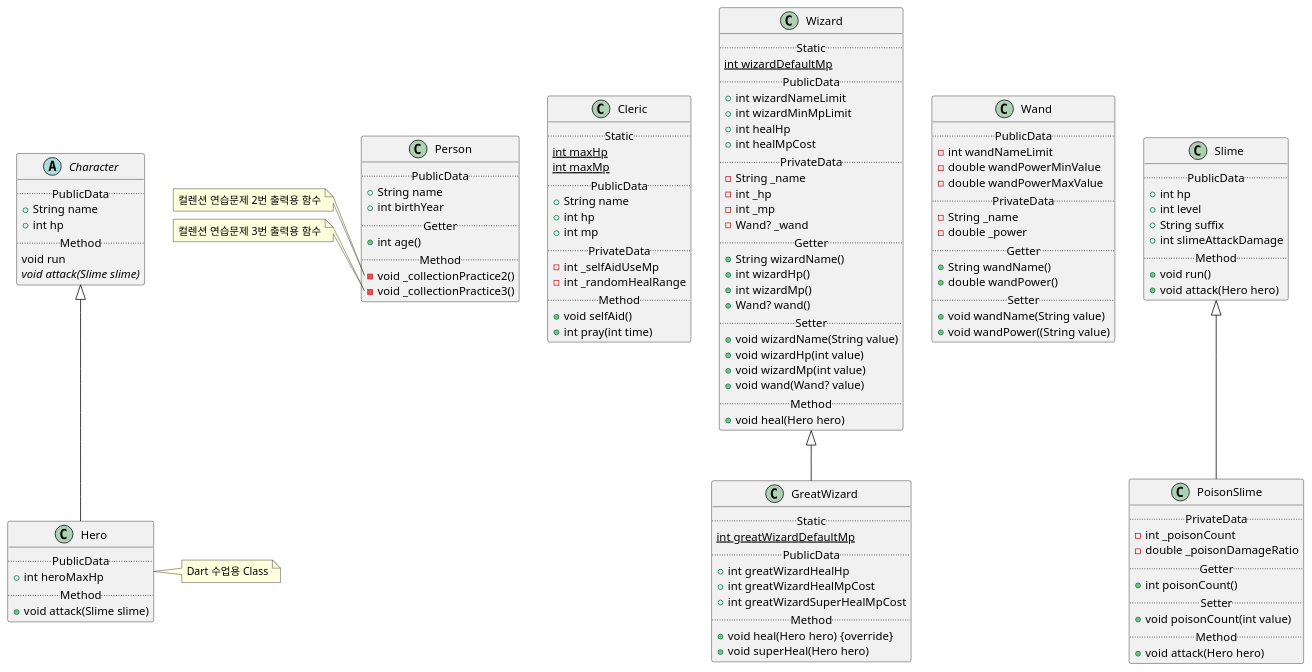
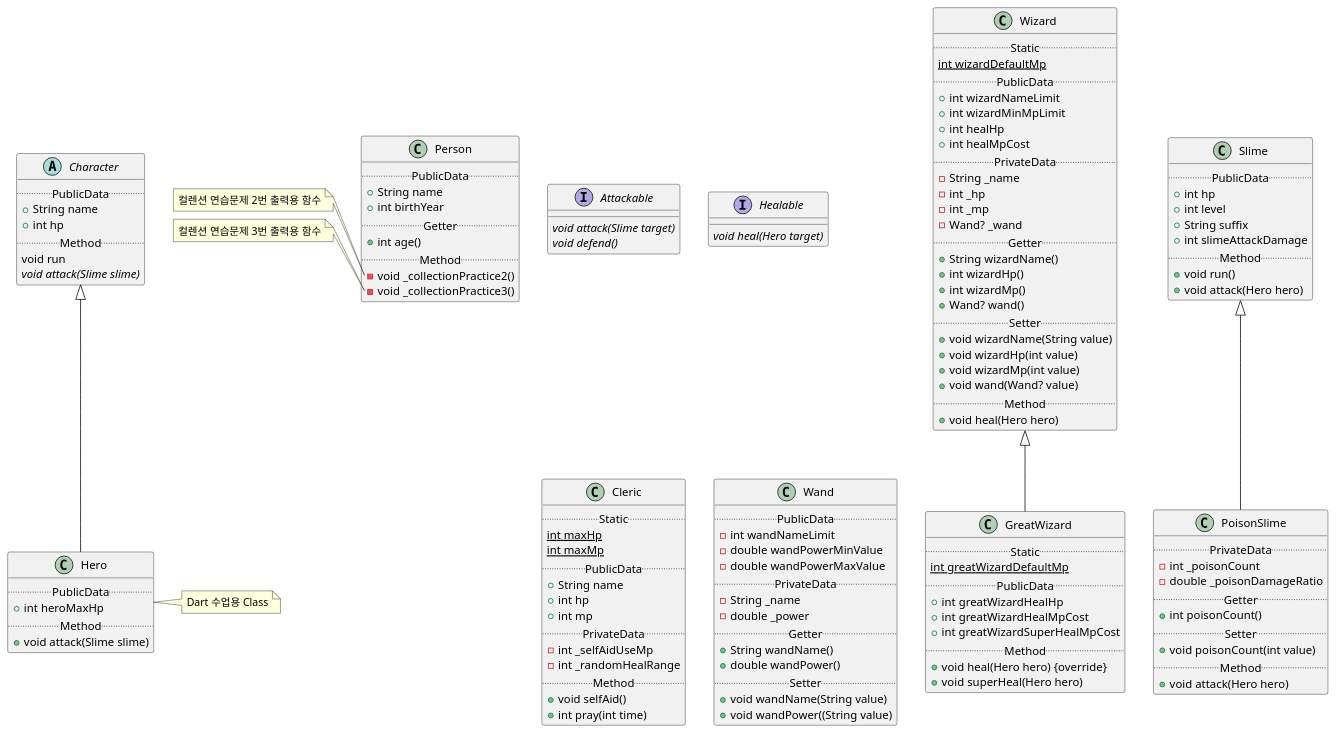
One commit to SurvivalCodingCampus/sesac7_dart_study changed the diagram in lib/game.puml. Above: the diagram before and after it, drawn with PlantUML.

Commit message:
docs: game uml Interface Attackable, Healable 작성

```diff
--- a/lib/game.puml
+++ b/lib/game.puml
@@ -1,133 +1,143 @@
 @startuml
 scale 1
+
+abstract class Character {
+    ..PublicData..
+    +String name
+    +int hp
+    ..Method..
+    void run
+    {abstract} void attack(Slime slime)
+}
+
+interface Attackable {
+    {abstract} void attack(Slime target)
+    {abstract} void defend()
+}
+
+interface Healable {
+    {abstract} void heal(Hero target)
+}
+
 class Cleric {
     ..Static..
     {static}int maxHp
     {static}int maxMp
     ..PublicData..
     +String name
     +int hp
     +int mp
     ..PrivateData..
     -int _selfAidUseMp
     -int _randomHealRange
     ..Method..
     +void selfAid()
     +int pray(int time)
-}
-
-abstract class Character {
-    ..PublicData..
-    +String name
-    +int hp
-    ..Method..
-    void run
-    {abstract} void attack(Slime slime)
 }
 
 class Hero extends Character {
     ..PublicData..
     +int heroMaxHp
     ..Method..
     +void attack(Slime slime)
 }
 
 class Wizard {
     ..Static..
     {static}int wizardDefaultMp
     ..PublicData..
     +int wizardNameLimit
     +int wizardMinMpLimit
     +int healHp
     +int healMpCost
     ..PrivateData..
     -String _name
     -int _hp
     -int _mp
     -Wand? _wand
     ..Getter..
     +String wizardName()
     +int wizardHp()
     +int wizardMp()
     +Wand? wand()
     ..Setter..
     +void wizardName(String value)
     +void wizardHp(int value)
     +void wizardMp(int value)
     +void wand(Wand? value)
     ..Method..
     +void heal(Hero hero)
 }
 
 class GreatWizard extends Wizard {
     ..Static..
     {static}int greatWizardDefaultMp
     ..PublicData..
     +int greatWizardHealHp
     +int greatWizardHealMpCost
     +int greatWizardSuperHealMpCost
     ..Method..
     +void heal(Hero hero) {override}
     +void superHeal(Hero hero)
 }
 
 class Wand {
     ..PublicData..
     -int wandNameLimit
     -double wandPowerMinValue
     -double wandPowerMaxValue
     ..PrivateData..
     -String _name
     -double _power
     ..Getter..
     +String wandName()
     +double wandPower()
     ..Setter..
     +void wandName(String value)
     +void wandPower((String value)
 }
 
 class Person {
     ..PublicData..
     +String name
     +int birthYear
     ..Getter..
     +int age()
     ..Method..
     -void _collectionPractice2()
     -void _collectionPractice3()
 }
 
 class Slime {
     ..PublicData..
     +int hp
     +int level
     +String suffix
     +int slimeAttackDamage
     ..Method..
     +void run()
     +void attack(Hero hero)
 }
 
 class PoisonSlime extends Slime {
     ..PrivateData..
     -int _poisonCount
     -double _poisonDamageRatio
     ..Getter..
     +int poisonCount()
     ..Setter..
     +void poisonCount(int value)
     ..Method..
     +void attack(Hero hero)
 }
 
 note right of Hero
     Dart 수업용 Class
 end note
 note left of Person::_collectionPractice2
     컬렌션 연습문제 2번 출력용 함수
 end note
 note left of Person::_collectionPractice3
     컬렌션 연습문제 3번 출력용 함수
 end note
 @enduml
```
